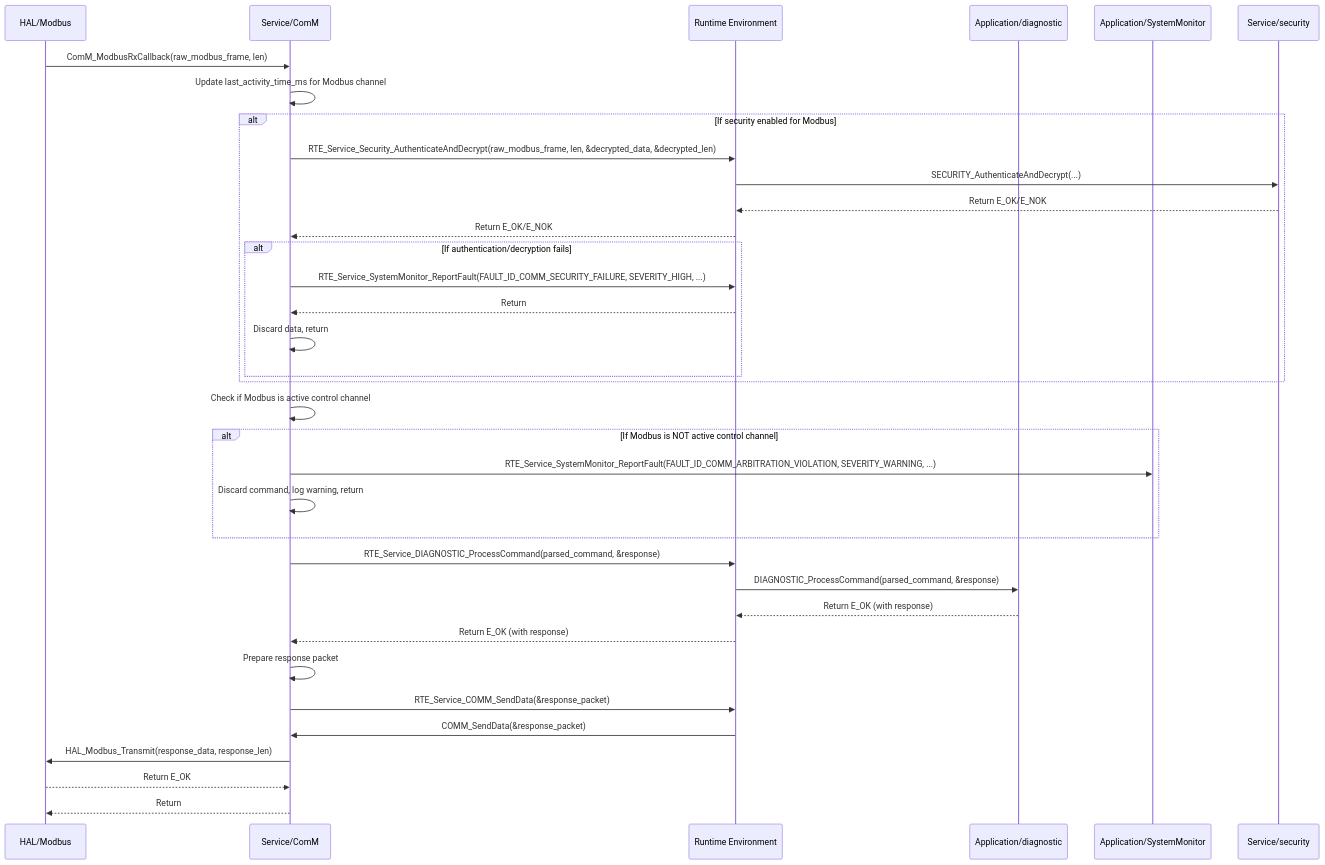
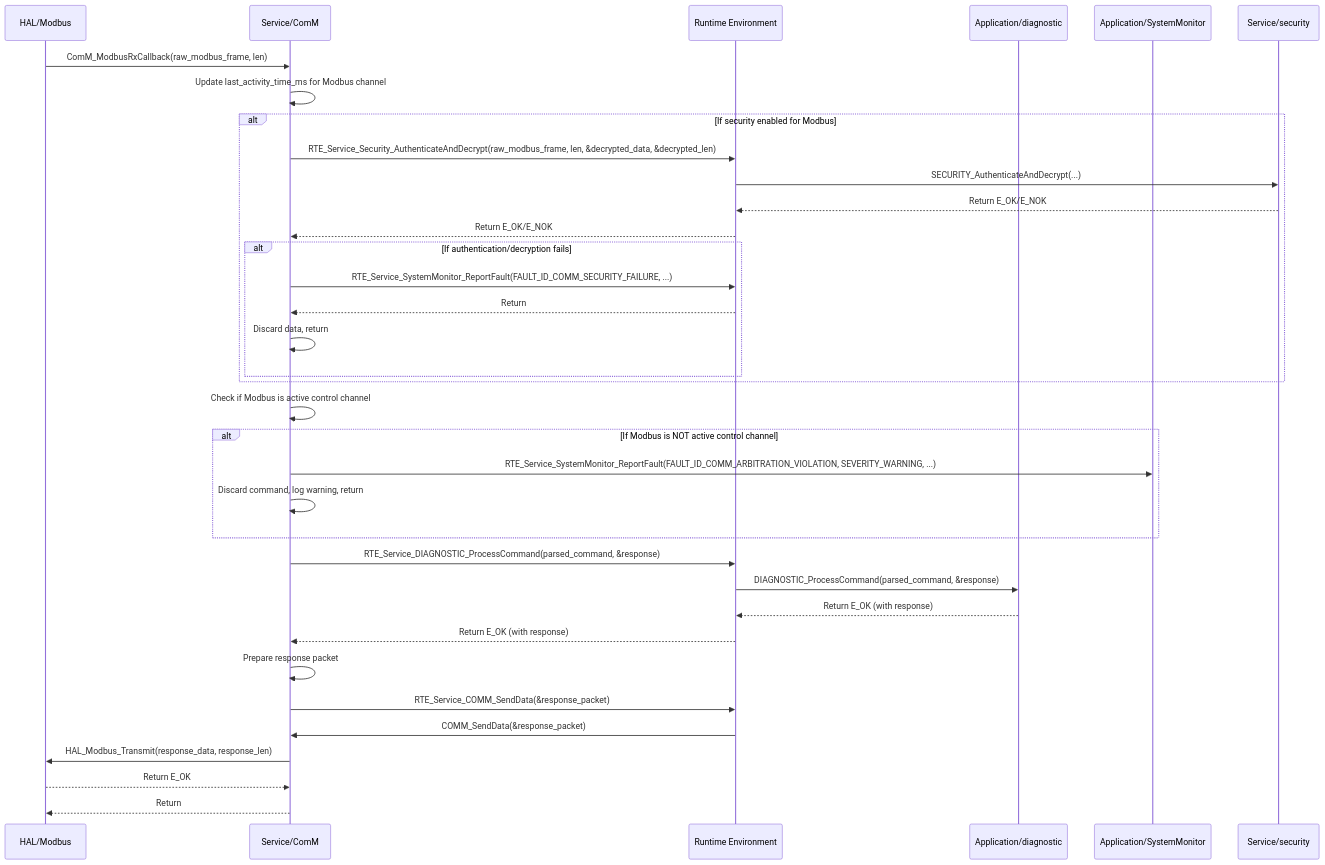
The diagram in Requiremets/Design/Service/ComM.md (ashaker-2/Platform), drawn with Mermaid before and after one commit. The commit also changed other lines of this file and 79 other files, not shown here.

````diff
--- a/Requiremets/Design/Service/ComM.md
+++ b/Requiremets/Design/Service/ComM.md
@@ -292,38 +297,38 @@
 ```mermaid
 sequenceDiagram  
     participant HAL_Modbus as HAL/Modbus  
     participant ComM as Service/ComM  
     participant RTE as Runtime Environment  
     participant Diagnostic as Application/diagnostic  
     participant SystemMonitor as Application/SystemMonitor  
     participant Security as Service/security
 
     HAL_Modbus->>ComM: ComM_ModbusRxCallback(raw_modbus_frame, len)  
     ComM->>ComM: Update last_activity_time_ms for Modbus channel  
     alt If security enabled for Modbus  
         ComM->>RTE: RTE_Service_Security_AuthenticateAndDecrypt(raw_modbus_frame, len, &decrypted_data, &decrypted_len)  
         RTE->>Security: SECURITY_AuthenticateAndDecrypt(...)  
         Security-->>RTE: Return E_OK/E_NOK  
         RTE-->>ComM: Return E_OK/E_NOK  
         alt If authentication/decryption fails  
-            ComM->>RTE: RTE_Service_SystemMonitor_ReportFault(FAULT_ID_COMM_SECURITY_FAILURE, SEVERITY_HIGH, ...)  
+            ComM->>RTE: RTE_Service_SystemMonitor_ReportFault(FAULT_ID_COMM_SECURITY_FAILURE,  ...)  
             RTE-->>ComM: Return  
             ComM->>ComM: Discard data, return  
         end  
     end  
     ComM->>ComM: Check if Modbus is active control channel  
     alt If Modbus is NOT active control channel  
         ComM->>SystemMonitor: RTE_Service_SystemMonitor_ReportFault(FAULT_ID_COMM_ARBITRATION_VIOLATION, SEVERITY_WARNING, ...)  
         ComM->>ComM: Discard command, log warning, return  
     end  
     ComM->>RTE: RTE_Service_DIAGNOSTIC_ProcessCommand(parsed_command, &response)  
     RTE->>Diagnostic: DIAGNOSTIC_ProcessCommand(parsed_command, &response)  
     Diagnostic-->>RTE: Return E_OK (with response)  
     RTE-->>ComM: Return E_OK (with response)  
     ComM->>ComM: Prepare response packet  
     ComM->>RTE: RTE_Service_COMM_SendData(&response_packet)  
     RTE->>ComM: COMM_SendData(&response_packet)  
     ComM->>HAL_Modbus: HAL_Modbus_Transmit(response_data, response_len)  
     HAL_Modbus-->>ComM: Return E_OK  
     ComM-->>HAL_Modbus: Return
 ```
````
